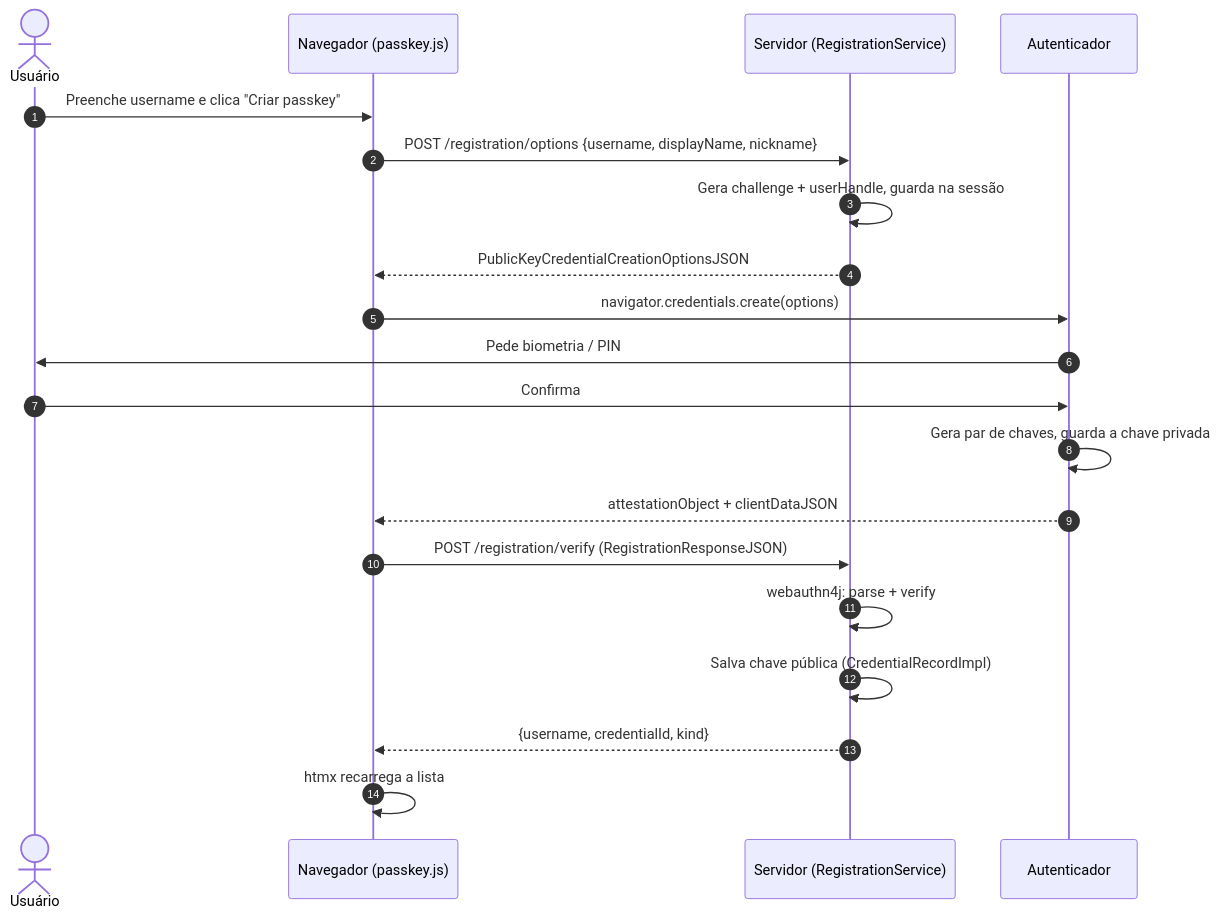
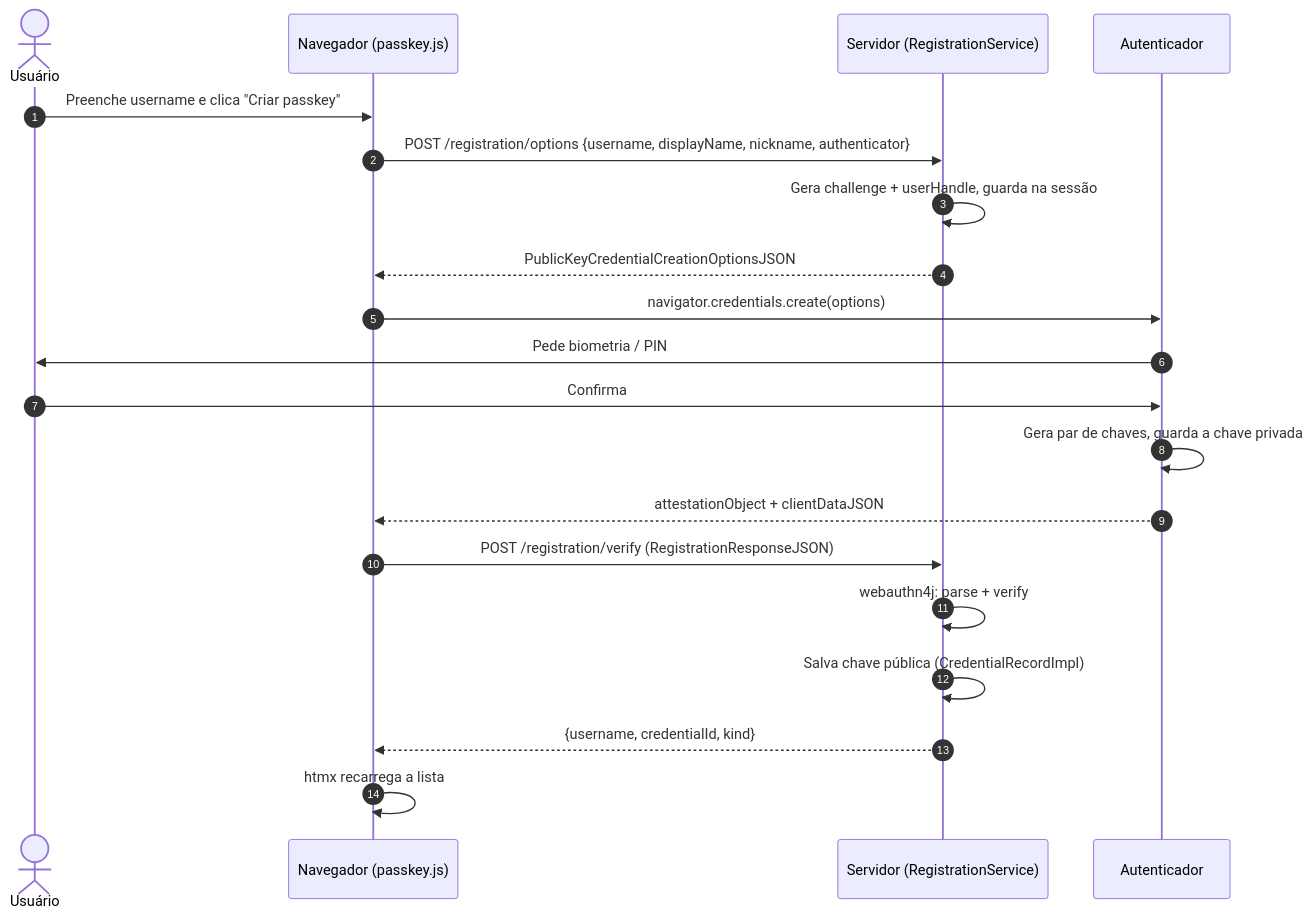
The first of 2 diagrams in PASSKEYS.md (tonyblack10/passkeydemo), drawn with Mermaid before and after one commit. The commit also changed other lines of this file and 1 other file, not shown here.

Commit message:
update PASSKEYS.md and README.md to include authenticator parameter in registration and authentication flows

````diff
--- a/PASSKEYS.md
+++ b/PASSKEYS.md
@@ -168,23 +168,23 @@
 ```mermaid
 sequenceDiagram
     autonumber
     actor U as Usuário
     participant B as Navegador (passkey.js)
     participant S as Servidor (RegistrationService)
     participant A as Autenticador
 
     U->>B: Preenche username e clica "Criar passkey"
-    B->>S: POST /registration/options {username, displayName, nickname}
+    B->>S: POST /registration/options {username, displayName, nickname, authenticator}
     S->>S: Gera challenge + userHandle, guarda na sessão
     S-->>B: PublicKeyCredentialCreationOptionsJSON
     B->>A: navigator.credentials.create(options)
     A->>U: Pede biometria / PIN
     U->>A: Confirma
     A->>A: Gera par de chaves, guarda a chave privada
     A-->>B: attestationObject + clientDataJSON
     B->>S: POST /registration/verify (RegistrationResponseJSON)
     S->>S: webauthn4j: parse + verify
     S->>S: Salva chave pública (CredentialRecordImpl)
     S-->>B: {username, credentialId, kind}
     B->>B: htmx recarrega a lista
 ```
````
